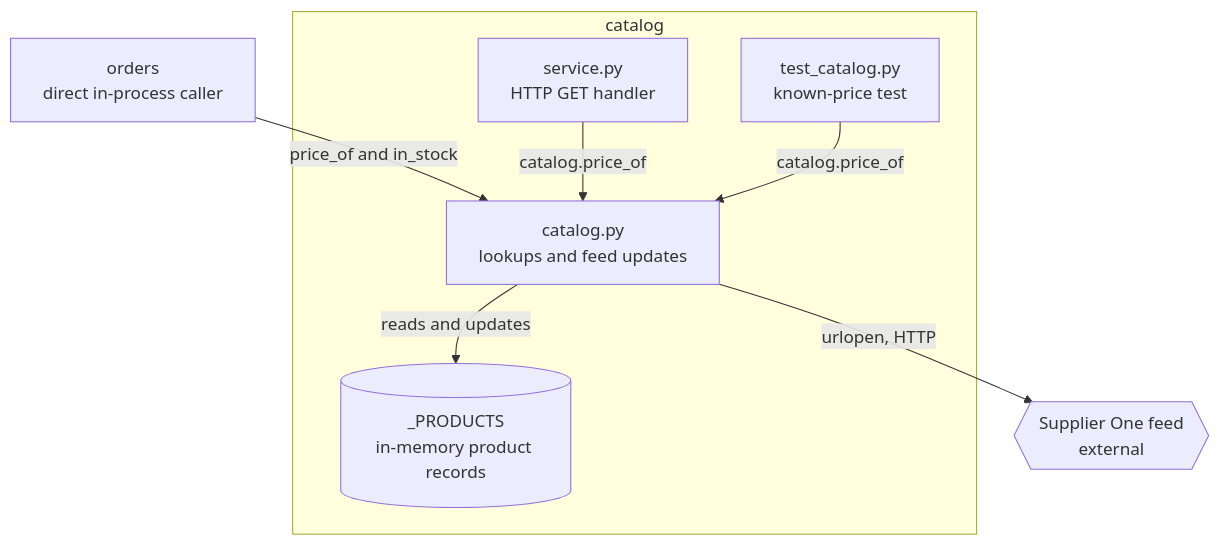
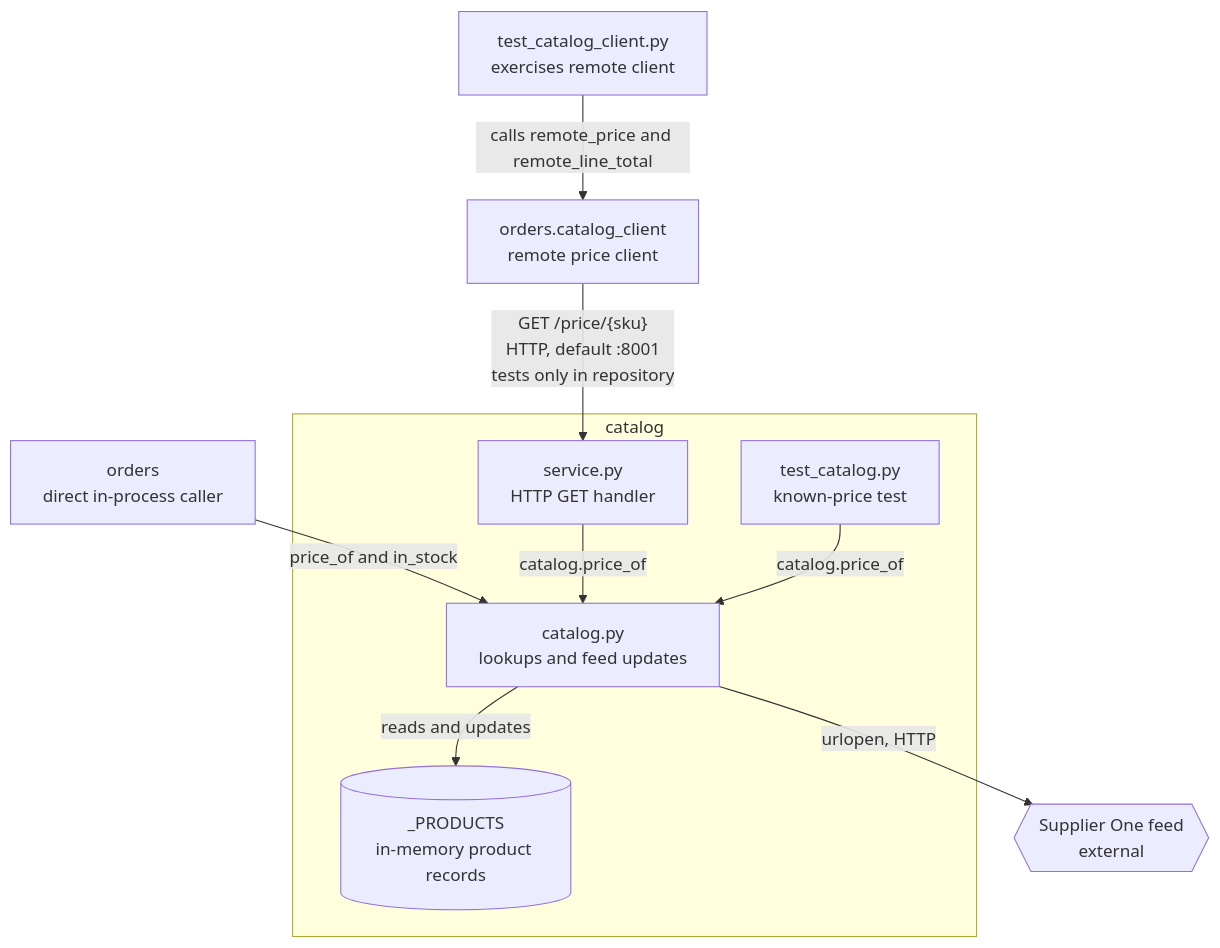
The first of 2 diagrams in codebase-analysis/lld/catalog/README.md (vishalc412/bible-mode-b-test), drawn with Mermaid before and after one commit. The commit also changed other lines of this file and 8 other files, not shown here.

````diff
--- a/codebase-analysis/lld/catalog/README.md
+++ b/codebase-analysis/lld/catalog/README.md
@@ -34,16 +34,20 @@
 ```mermaid
 flowchart TB
   orders["orders<br/>direct in-process caller"]
+  ordershttp["orders.catalog_client<br/>remote price client"]
+  ordershttptests["test_catalog_client.py<br/>exercises remote client"]
   subgraph catunit["catalog"]
     service["service.py<br/>HTTP GET handler"]
     catalogmod["catalog.py<br/>lookups and feed updates"]
     records[("_PRODUCTS<br/>in-memory product records")]
     testmod["test_catalog.py<br/>known-price test"]
   end
   supplier{{"Supplier One feed<br/>external"}}
   orders -->|"price_of and in_stock"| catalogmod
+  ordershttptests -->|"calls remote_price and remote_line_total"| ordershttp
+  ordershttp -->|"GET /price/{sku}<br/>HTTP, default :8001<br/>tests only in repository"| service
   service -->|"catalog.price_of"| catalogmod
   catalogmod -->|"reads and updates"| records
   testmod -->|"catalog.price_of"| catalogmod
   catalogmod -->|"urlopen, HTTP"| supplier
 ```
````
